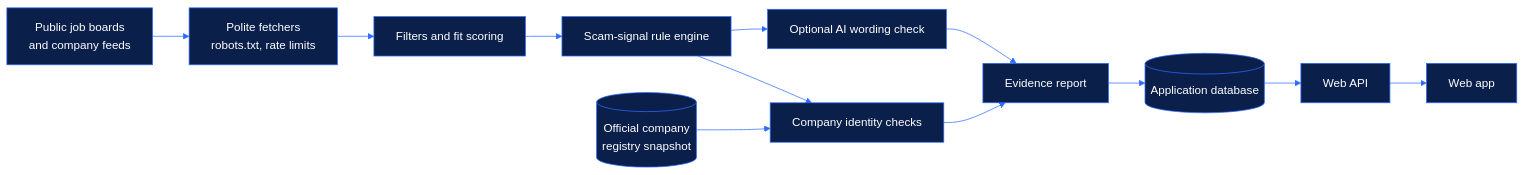
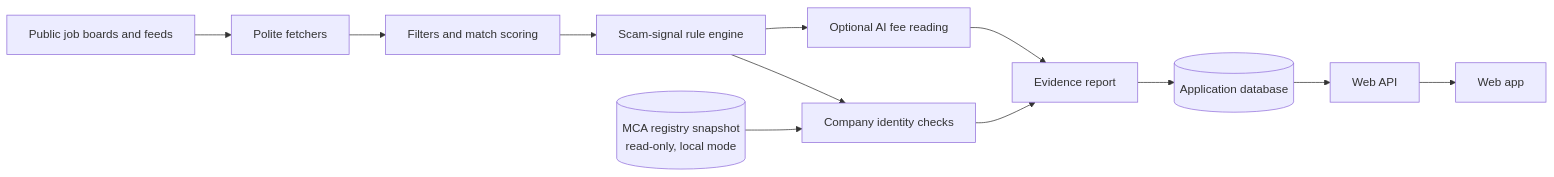
Before and after one commit to DhruvMalviya0/trusora-showcase: the diagram in README.md, drawn with Mermaid. The commit also changed other lines of this file and 20 other files, not shown here.

First line of the commit message:
Add technical documentation, diagrams and genuine product screenshots

````diff
--- a/README.md
+++ b/README.md
@@ -55,15 +65,14 @@
 ```mermaid
-%%{init: {'theme':'base','themeVariables':{'primaryColor':'#0B1F4B','primaryTextColor':'#FFFFFF','primaryBorderColor':'#2F6BFF','lineColor':'#2F6BFF','secondaryColor':'#13306E','tertiaryColor':'#0B1F4B'}}}%%
 flowchart LR
-    SRC[Public job boards<br/>and company feeds] --> FETCH[Polite fetchers<br/>robots.txt, rate limits]
-    FETCH --> EVAL[Filters and fit scoring]
+    SRC[Public job boards and feeds] --> FETCH[Polite fetchers]
+    FETCH --> EVAL[Filters and match scoring]
     EVAL --> SHIELD[Scam-signal rule engine]
-    SHIELD --> AI[Optional AI wording check]
+    SHIELD --> AI[Optional AI fee reading]
     SHIELD --> ID[Company identity checks]
-    REG[(Official company<br/>registry snapshot)] --> ID
+    REG[(MCA registry snapshot<br/>read-only, local mode)] --> ID
     AI --> REPORT[Evidence report]
     ID --> REPORT
     REPORT --> DB[(Application database)]
     DB --> API[Web API]
     API --> UI[Web app]
 ```
````
